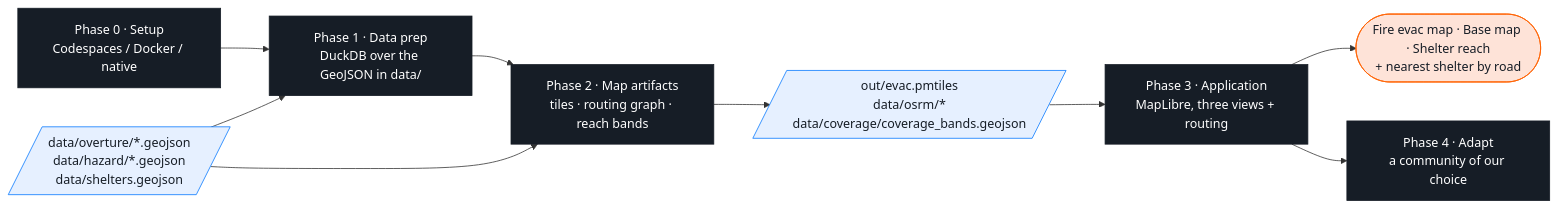
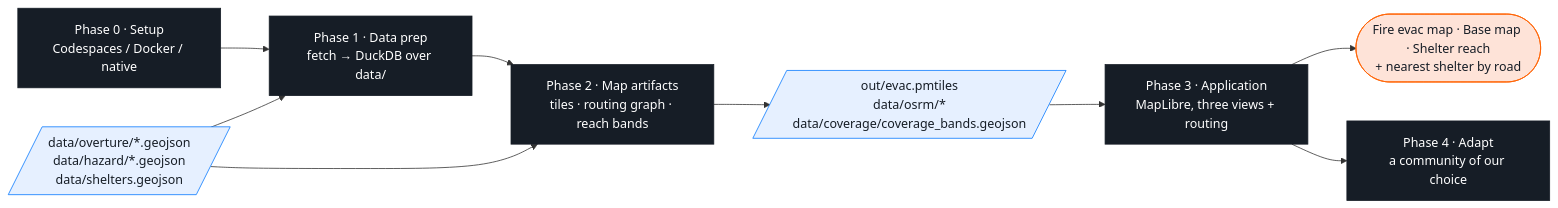
The first of 6 diagrams in README.md (vishal4c/routes-to-safety-workshop), drawn with Mermaid before and after one commit. The commit also changed other lines of this file and 27 other files, not shown here.

Commit message:
phase 1: fetch the data is a required step; committed GeoJSON moves to staged_data/

````diff
--- a/README.md
+++ b/README.md
@@ -25,20 +25,20 @@
 ```mermaid
 flowchart LR
   classDef ph   fill:#161D26,stroke:#161D26,color:#FFFFFF
   classDef file fill:#E6F0FF,stroke:#0678FF,color:#161D26
   classDef out  fill:#FEE3D8,stroke:#FF6101,color:#161D26
 
   P0["Phase 0 · Setup<br/>Codespaces / Docker / native"]:::ph
-  P1["Phase 1 · Data prep<br/>DuckDB over the GeoJSON in data/"]:::ph
+  P1["Phase 1 · Data prep<br/>fetch → DuckDB over data/"]:::ph
   P2["Phase 2 · Map artifacts<br/>tiles · routing graph · reach bands"]:::ph
   P3["Phase 3 · Application<br/>MapLibre, three views + routing"]:::ph
   P4["Phase 4 · Adapt<br/>a community of our choice"]:::ph
   D[/"data/overture/*.geojson<br/>data/hazard/*.geojson<br/>data/shelters.geojson"/]:::file
   A2[/"out/evac.pmtiles<br/>data/osrm/*<br/>data/coverage/coverage_bands.geojson"/]:::file
   A3(["Fire evac map · Base map · Shelter reach<br/>+ nearest shelter by road"]):::out
 
   P0 --> P1 --> P2 --> A2 --> P3 --> A3
   D --> P1
   D --> P2
   P3 --> P4
 ```
````
